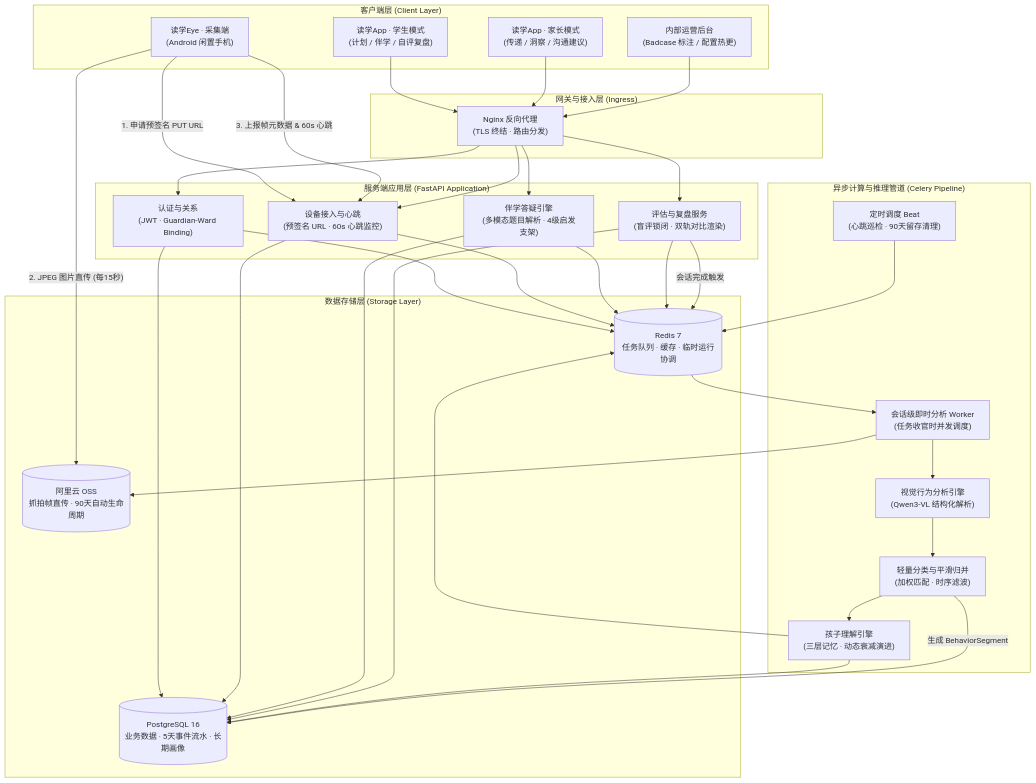
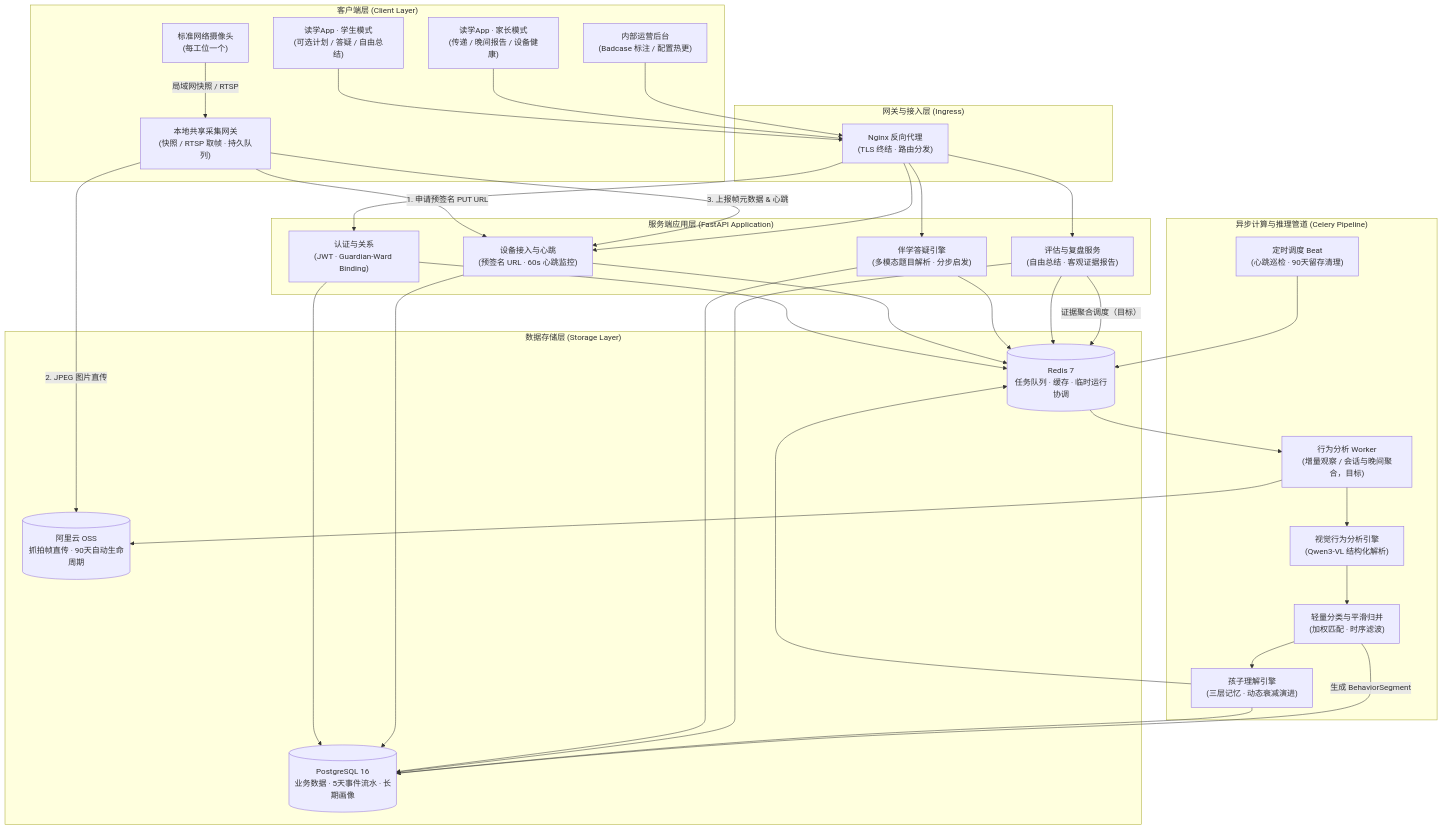
One commit to johanchow/duxue changed the diagram in docs/technical/ARCHITECTURE.md. Above: the diagram before and after it, drawn with Mermaid. The commit also changed other lines of this file and 49 other files, not shown here.

Commit message:
refactor: replace Android camera client with gateway architecture

````diff
--- a/docs/technical/ARCHITECTURE.md
+++ b/docs/technical/ARCHITECTURE.md
@@ -56,53 +36,55 @@
 ```mermaid
 graph TB
     subgraph CLIENTS["客户端层 (Client Layer)"]
-        CAM["读学Eye · 采集端<br/>(Android 闲置手机)"]
-        APP_W["读学App · 学生模式<br/>(计划 / 伴学 / 自评复盘)"]
-        APP_G["读学App · 家长模式<br/>(传递 / 洞察 / 沟通建议)"]
+        CAM["标准网络摄像头<br/>(每工位一个)"]
+        EDGE["本地共享采集网关<br/>(快照 / RTSP 取帧 · 持久队列)"]
+        APP_W["读学App · 学生模式<br/>(可选计划 / 答疑 / 自由总结)"]
+        APP_G["读学App · 家长模式<br/>(传递 / 晚间报告 / 设备健康)"]
         ADMIN["内部运营后台<br/>(Badcase 标注 / 配置热更)"]
     end
 
     subgraph INGRESS["网关与接入层 (Ingress)"]
         NGINX["Nginx 反向代理<br/>(TLS 终结 · 路由分发)"]
     end
 
     subgraph SERVICES["服务端应用层 (FastAPI Application)"]
         API_AUTH["认证与关系<br/>(JWT · Guardian-Ward Binding)"]
         API_DEV["设备接入与心跳<br/>(预签名 URL · 60s 心跳监控)"]
-        API_COMP["伴学答疑引擎<br/>(多模态题目解析 · 4级启发支架)"]
-        API_EVAL["评估与复盘服务<br/>(盲评锁闭 · 双轨对比渲染)"]
+        API_COMP["伴学答疑引擎<br/>(多模态题目解析 · 分步启发)"]
+        API_EVAL["评估与复盘服务<br/>(自由总结 · 客观证据报告)"]
     end
 
     subgraph ASYNC_PIPELINE["异步计算与推理管道 (Celery Pipeline)"]
-        WORKER_SESSION["会话级即时分析 Worker<br/>(任务收官时并发调度)"]
+        WORKER_SESSION["行为分析 Worker<br/>(增量观察 / 会话与晚间聚合，目标)"]
         WORKER_BEAT["定时调度 Beat<br/>(心跳巡检 · 90天留存清理)"]
         VLM_ENGINE["视觉行为分析引擎<br/>(Qwen3-VL 结构化解析)"]
         CLS_ENGINE["轻量分类与平滑归并<br/>(加权匹配 · 时序滤波)"]
         MEMORY_ENGINE["孩子理解引擎<br/>(三层记忆 · 动态衰减演进)"]
     end
 
     subgraph STORAGE["数据存储层 (Storage Layer)"]
         PG[("PostgreSQL 16<br/>业务数据 · 5天事件流水 · 长期画像")]
         REDIS[("Redis 7<br/>任务队列 · 缓存 · 临时运行协调")]
         OSS[("阿里云 OSS<br/>抓拍帧直传 · 90天自动生命周期")]
     end
 
     %% 抓拍直传链路 (核心：二进制流不经 API)
-    CAM -- "1. 申请预签名 PUT URL" --> API_DEV
-    CAM -- "2. JPEG 图片直传 (每15秒)" --> OSS
-    CAM -- "3. 上报帧元数据 & 60s 心跳" --> API_DEV
+    CAM -- "局域网快照 / RTSP" --> EDGE
+    EDGE -- "1. 申请预签名 PUT URL" --> API_DEV
+    EDGE -- "2. JPEG 图片直传" --> OSS
+    EDGE -- "3. 上报帧元数据 & 心跳" --> API_DEV
 
     %% 交互链路
     APP_W & APP_G & ADMIN --> NGINX --> API_AUTH & API_DEV & API_COMP & API_EVAL
 
     %% 服务端内部数据流
     API_AUTH & API_DEV & API_COMP & API_EVAL --> PG & REDIS
-    API_EVAL -- "会话完成触发" --> REDIS --> WORKER_SESSION
+    API_EVAL -- "证据聚合调度（目标）" --> REDIS --> WORKER_SESSION
     WORKER_BEAT --> REDIS
 
     %% 异步分析流水线
     WORKER_SESSION --> OSS
     WORKER_SESSION --> VLM_ENGINE --> CLS_ENGINE --> MEMORY_ENGINE
     MEMORY_ENGINE --> PG & REDIS
     CLS_ENGINE -- "生成 BehaviorSegment" --> PG
 ```
````
